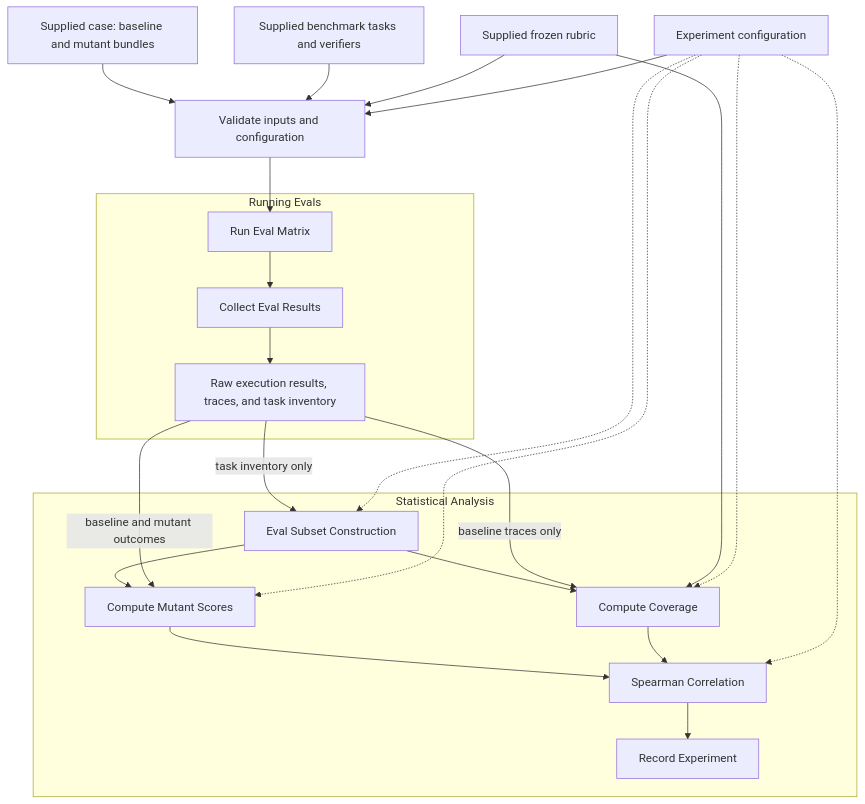
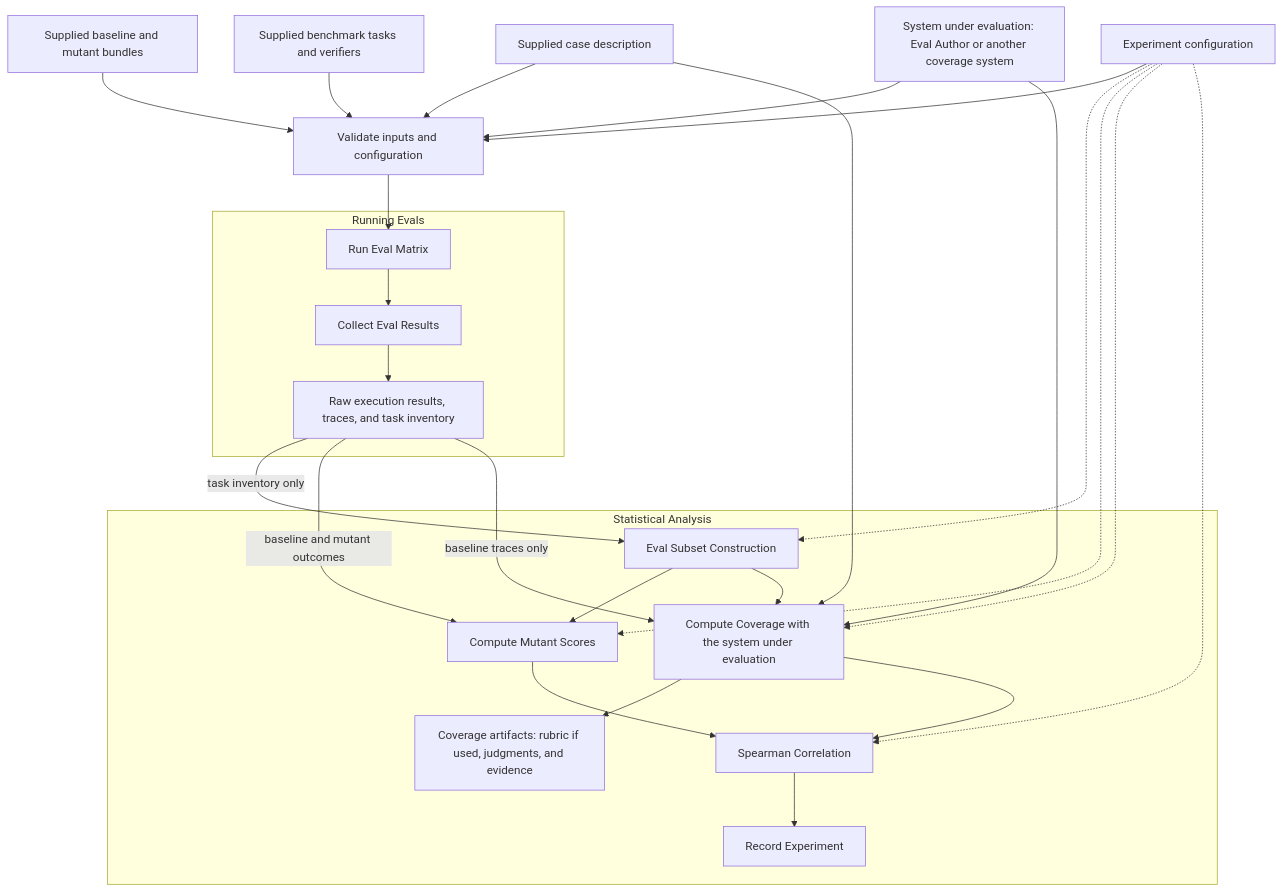
One commit to NVIDIA-NeMo/eval-author changed the diagram in labs/metric-benchmark/docs/architecture.md. Above: the diagram before and after it, drawn with Mermaid. The commit also changed other lines of this file and 2 other files, not shown here.

Commit message:
docs: make coverage the output of the system under evaluation

````diff
--- a/labs/metric-benchmark/docs/architecture.md
+++ b/labs/metric-benchmark/docs/architecture.md
@@ -54,44 +71,49 @@
 ```mermaid
 flowchart TD
-    CASE["Supplied case: baseline and mutant bundles"]
+    AGENTS["Supplied baseline and mutant bundles"]
+    DESCRIPTION["Supplied case description"]
     TASKS["Supplied benchmark tasks and verifiers"]
-    RUBRIC["Supplied frozen rubric"]
     CONFIG["Experiment configuration"]
+    SYSTEM["System under evaluation: Eval Author or another coverage system"]
     VALIDATE["Validate inputs and configuration"]
 
-    CASE --> VALIDATE
+    AGENTS --> VALIDATE
+    DESCRIPTION --> VALIDATE
     TASKS --> VALIDATE
-    RUBRIC --> VALIDATE
     CONFIG --> VALIDATE
+    SYSTEM --> VALIDATE
 
     subgraph EXEC["Running Evals"]
         RUN["Run Eval Matrix"]
         COLLECT["Collect Eval Results"]
         RAW["Raw execution results, traces, and task inventory"]
         RUN --> COLLECT --> RAW
     end
 
     VALIDATE --> RUN
 
     subgraph ANALYSIS["Statistical Analysis"]
         SUBSETS["Eval Subset Construction"]
         MUTANT["Compute Mutant Scores"]
-        COVERAGE["Compute Coverage"]
+        COVERAGE["Compute Coverage with the system under evaluation"]
+        EVIDENCE["Coverage artifacts: rubric if used, judgments, and evidence"]
         CORRELATE["Spearman Correlation"]
         RECORD["Record Experiment"]
         SUBSETS --> MUTANT
         SUBSETS --> COVERAGE
+        COVERAGE --> EVIDENCE
         MUTANT --> CORRELATE
         COVERAGE --> CORRELATE
         CORRELATE --> RECORD
     end
 
     RAW -->|"task inventory only"| SUBSETS
     RAW -->|"baseline and mutant outcomes"| MUTANT
     RAW -->|"baseline traces only"| COVERAGE
-    RUBRIC --> COVERAGE
+    DESCRIPTION --> COVERAGE
+    SYSTEM --> COVERAGE
     CONFIG -.-> SUBSETS
     CONFIG -.-> MUTANT
     CONFIG -.-> COVERAGE
     CONFIG -.-> CORRELATE
 ```
````
